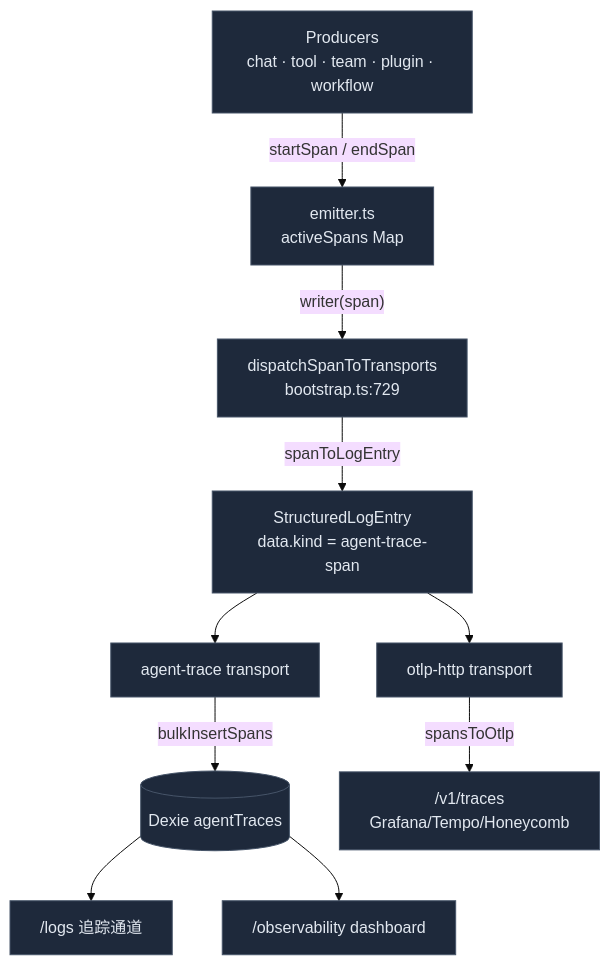
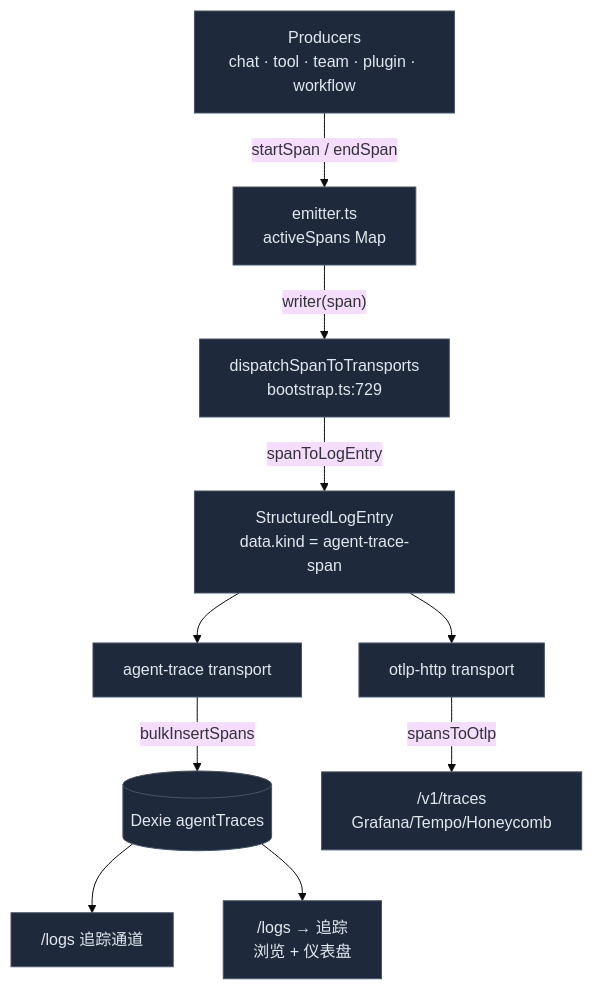
The diagram in docs/content/docs/zh/subsystems/observability/agent-trace.mdx (MaxQian888/cognia-next), drawn with Mermaid (base theme) before and after one commit. The commit also changed 33 other files, not shown here.

````diff
--- a/docs/content/docs/zh/subsystems/observability/agent-trace.mdx
+++ b/docs/content/docs/zh/subsystems/observability/agent-trace.mdx
@@ -94,16 +94,16 @@
 ```mermaid
 flowchart TB
   Prod["Producers<br/>chat · tool · team · plugin · workflow"]
   Prod -->|"startSpan / endSpan"| Em["emitter.ts<br/>activeSpans Map"]
   Em -->|"writer(span)"| Disp["dispatchSpanToTransports<br/>bootstrap.ts:729"]
   Disp -->|"spanToLogEntry"| Entry["StructuredLogEntry<br/>data.kind = agent-trace-span"]
   Entry --> AT["agent-trace transport"]
   Entry --> OTLP["otlp-http transport"]
   AT -->|"bulkInsertSpans"| Dexie[("Dexie agentTraces")]
   OTLP -->|"spansToOtlp"| Wire["/v1/traces<br/>Grafana/Tempo/Honeycomb"]
   Dexie --> Panel["/logs 追踪通道"]
-  Dexie --> Dash["/observability dashboard"]
+  Dexie --> Dash["/logs → 追踪<br/>浏览 + 仪表盘"]
 
   classDef box fill:#1e293b,stroke:#475569,color:#e2e8f0
   class Prod,Em,Disp,Entry,AT,OTLP,Dexie,Wire,Panel,Dash box
 ```
````
